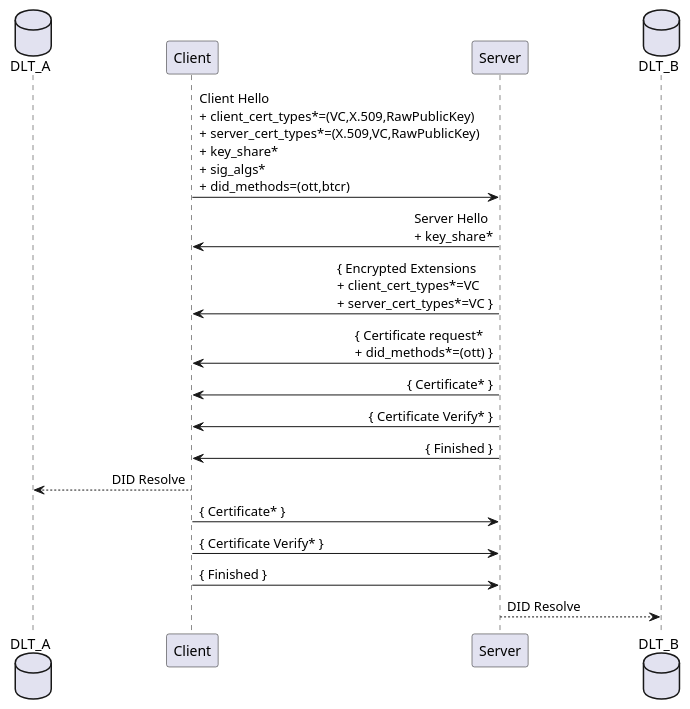
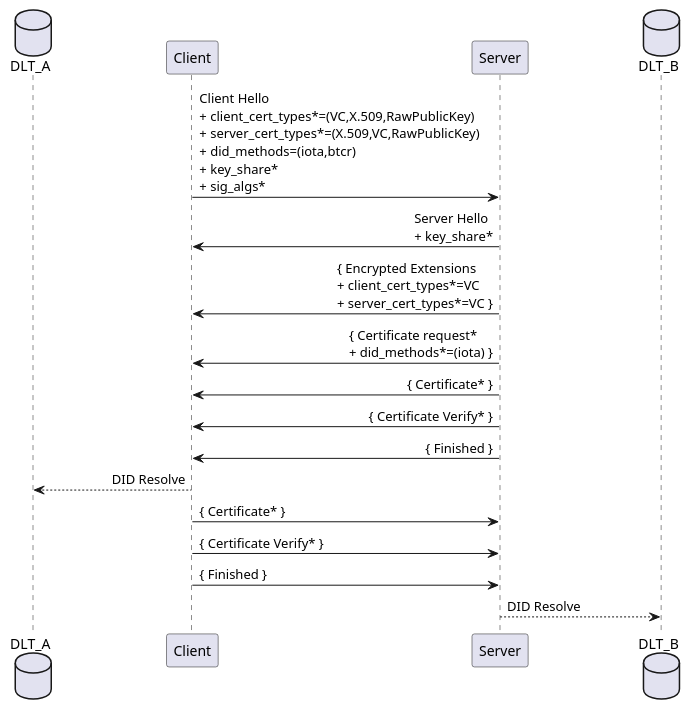
One commit to thomas-fossati/draft-vesco-vcauthtls changed the third of 5 diagrams in draft-vesco-vcauthtls.md. Above: the diagram before and after it, drawn with PlantUML. The commit also changed other lines of this file, not shown here.

```diff
--- a/draft-vesco-vcauthtls.md
+++ b/draft-vesco-vcauthtls.md
@@ -234,23 +232,23 @@
 ~~~plantuml
 @startuml
 database DLT_A order 1
 participant Client order 2
 participant Server order 3
 database DLT_B order 4
 skinparam sequenceMessageAlign direction
 skinparam ParticipantPadding 100
 
-Client -> Server : Client Hello \n+ client_cert_types*=(VC,X.509,RawPublicKey) \n+ server_cert_types*=(X.509,VC,RawPublicKey) \n+ key_share* \n+ sig_algs* \n+ did_methods=(ott,btcr)
+Client -> Server : Client Hello \n+ client_cert_types*=(VC,X.509,RawPublicKey) \n+ server_cert_types*=(X.509,VC,RawPublicKey) \n+ did_methods=(iota,btcr) \n+ key_share* \n+ sig_algs*
 Server -> Client : Server Hello \n+ key_share*
 Server -> Client : { Encrypted Extensions \n+ client_cert_types*=VC \n+ server_cert_types*=VC }
-Server -> Client : { Certificate request* \n+ did_methods*=(ott) }
+Server -> Client : { Certificate request* \n+ did_methods*=(iota) }
 Server -> Client : { Certificate* }
 Server -> Client : { Certificate Verify* }
 Server -> Client : { Finished }
 Client --> DLT_A : DID Resolve
 Client -> Server : { Certificate* }
 Client -> Server : { Certificate Verify* }
 Client -> Server : { Finished }
 Server --> DLT_B : DID Resolve
 @enduml
 ~~~
```
